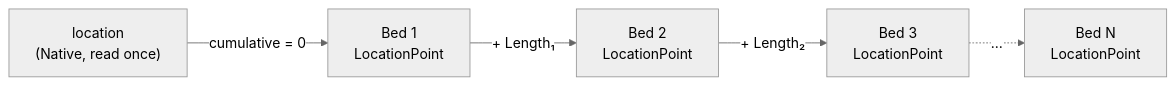
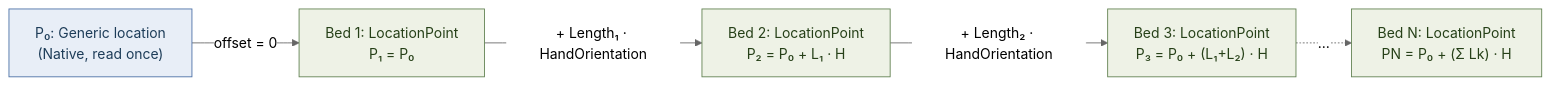
Before and after one commit to Mustafa-TOMMY/CommandSamplesRevitApiVer2025: the sixth of 20 diagrams in RevitApiSamples/Samples/TransformModule/ProjectCases/Conveyor/ConveyorFamilyGeometry.md, drawn with Mermaid (neutral theme). The commit also changed other lines of this file, not shown here.

Commit message:
docs(transform): add comprehensive diagram suite to ConveyorFamilyGeometry.md

````diff
--- a/RevitApiSamples/Samples/TransformModule/ProjectCases/Conveyor/ConveyorFamilyGeometry.md
+++ b/RevitApiSamples/Samples/TransformModule/ProjectCases/Conveyor/ConveyorFamilyGeometry.md
@@ -137,7 +244,12 @@
 ```mermaid
 flowchart LR
-    L["location<br/>(Native, read once)"] -->|cumulative = 0| S1["Bed 1<br/>LocationPoint"]
-    S1 -->|+ Length₁| S2["Bed 2<br/>LocationPoint"]
-    S2 -->|+ Length₂| S3["Bed 3<br/>LocationPoint"]
-    S3 -.->|"…"| SN["Bed N<br/>LocationPoint"]
+    L["P₀: Generic location<br/>(Native, read once)"] -->|offset = 0| S1["Bed 1: LocationPoint<br/>P₁ = P₀"]
+    S1 -->|"+ Length₁ · HandOrientation"| S2["Bed 2: LocationPoint<br/>P₂ = P₀ + L₁ · H"]
+    S2 -->|"+ Length₂ · HandOrientation"| S3["Bed 3: LocationPoint<br/>P₃ = P₀ + (L₁+L₂) · H"]
+    S3 -.->|"…"| SN["Bed N: LocationPoint<br/>PN = P₀ + (Σ Lk) · H"]
+
+    classDef anchor fill:#e8eef7,stroke:#4a6fa5,color:#1e3d59;
+    classDef bed fill:#eef2e6,stroke:#608050,color:#264018;
+    class L anchor
+    class S1,S2,S3,SN bed
 ```
````
